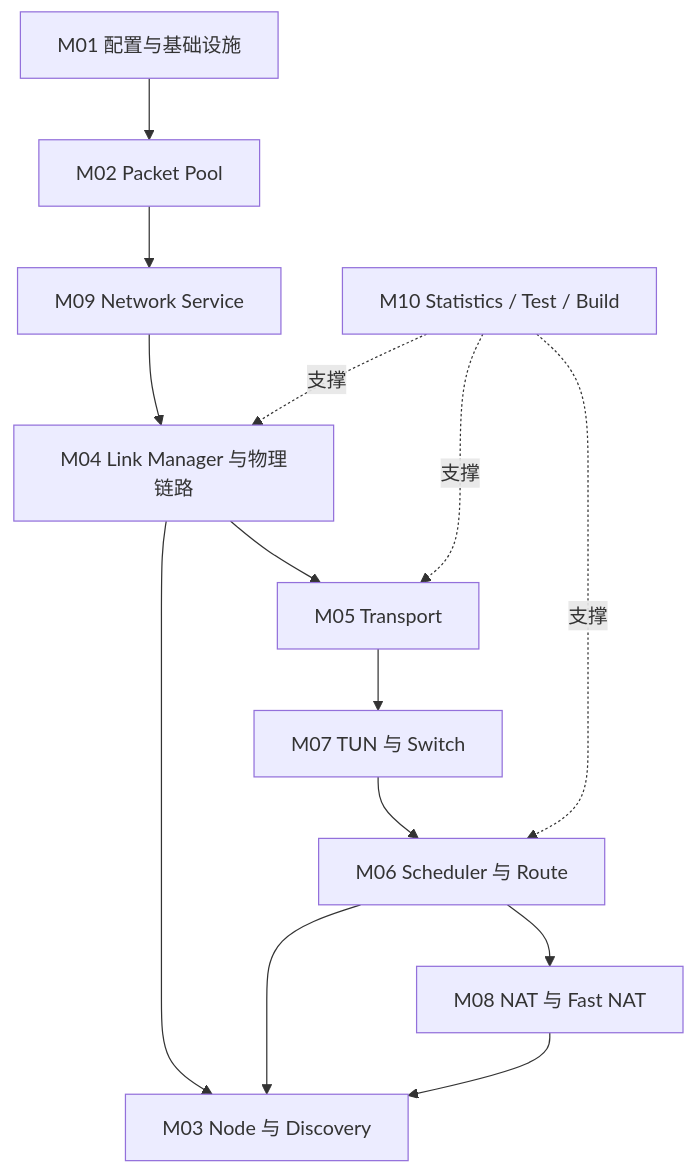
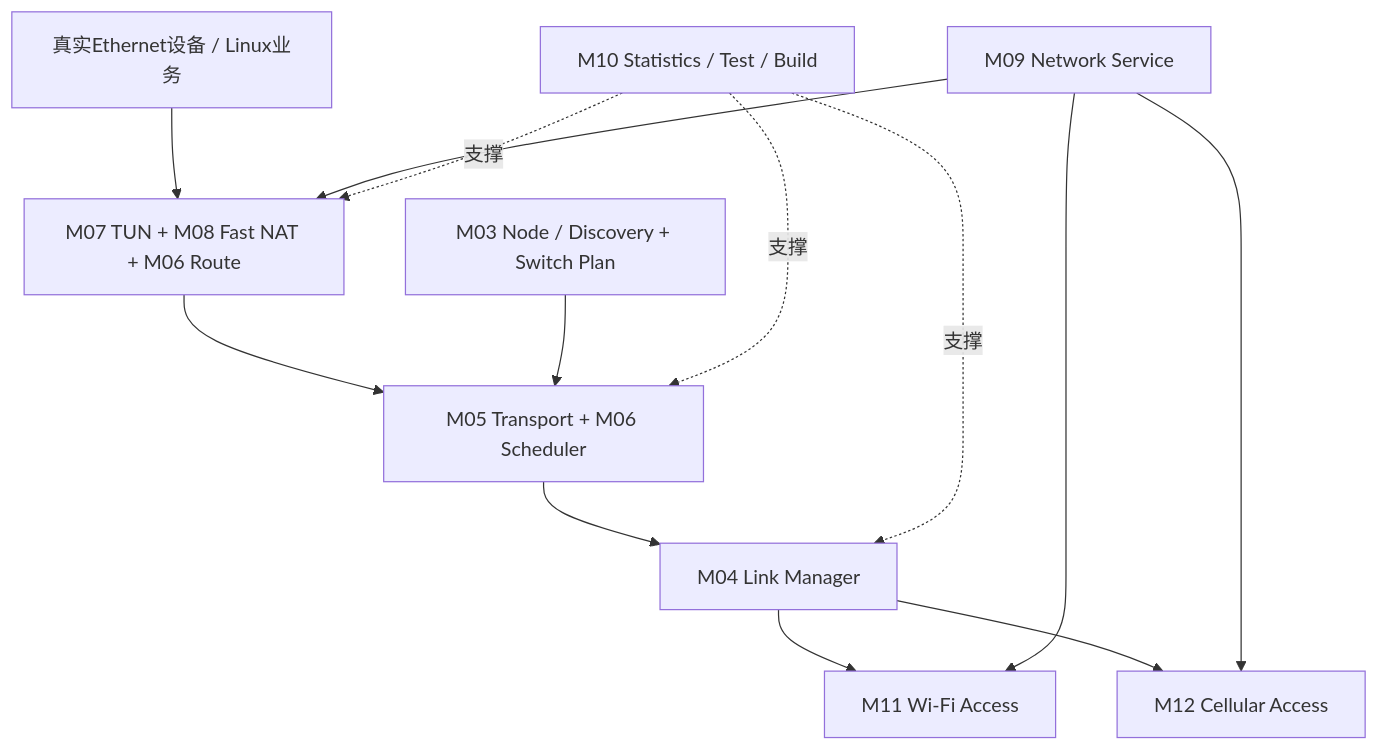
Before and after one commit to wnd443724421-cell/linkg: the second of 14 diagrams in linkg-project-plan/LinkG项目具体落实方案_可实施版.md, drawn with Mermaid. The commit also changed other lines of this file, not shown here.

Commit message:
docs: expand overall plan to M01-M12

````diff
--- a/linkg-project-plan/LinkG项目具体落实方案_可实施版.md
+++ b/linkg-project-plan/LinkG项目具体落实方案_可实施版.md
@@ -26,16 +85,27 @@
 ```mermaid
-flowchart TD
-    CFG[M01 配置与基础设施] --> PKT[M02 Packet Pool]
-    PKT --> NET[M09 Network Service]
-    NET --> LINK[M04 Link Manager 与物理链路]
-    LINK --> TRANS[M05 Transport]
-    TRANS --> TUN[M07 TUN 与 Switch]
-    TUN --> ROUTE[M06 Scheduler 与 Route]
-    ROUTE --> NAT[M08 NAT 与 Fast NAT]
-    LINK --> DISC[M03 Node 与 Discovery]
-    ROUTE --> DISC
-    NAT --> DISC
-    STAT[M10 Statistics / Test / Build] -.支撑.-> LINK
-    STAT -.支撑.-> TRANS
-    STAT -.支撑.-> ROUTE
+flowchart TB
+    APP[真实Ethernet设备 / Linux业务]
+
+    EDGE[M07 TUN + M08 Fast NAT + M06 Route]
+    LOGIC[M05 Transport + M06 Scheduler]
+    STATE[M03 Node / Discovery + Switch Plan]
+    LINK[M04 Link Manager]
+
+    WIFI[M11 Wi-Fi Access]
+    CELL[M12 Cellular Access]
+
+    APP --> EDGE
+    EDGE --> LOGIC
+    STATE --> LOGIC
+    LOGIC --> LINK
+    LINK --> WIFI
+    LINK --> CELL
+
+    M09[M09 Network Service] --> WIFI
+    M09 --> CELL
+    M09 --> EDGE
+
+    M10[M10 Statistics / Test / Build] -.支撑.-> EDGE
+    M10 -.支撑.-> LOGIC
+    M10 -.支撑.-> LINK
 ```
````
